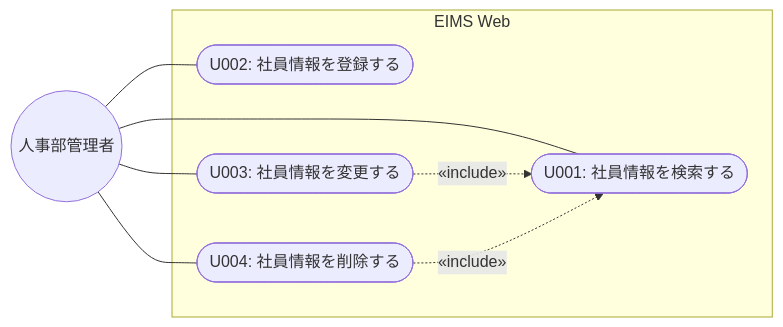
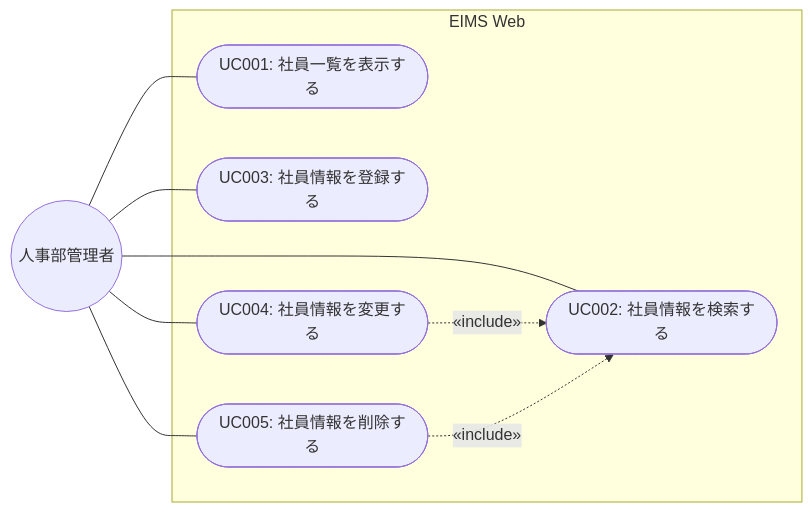
The first of 25 diagrams in EIMS_Comprehensive_Exercise_Guide.md (juyeongjung1/NewEIMS), drawn with Mermaid before and after one commit. The commit also changed other lines of this file, not shown here.

````diff
--- a/EIMS_Comprehensive_Exercise_Guide.md
+++ b/EIMS_Comprehensive_Exercise_Guide.md
@@ -345,19 +345,21 @@
 ```mermaid
 flowchart LR
     管理者((人事部管理者))
     
     subgraph EIMS Web
-        UC1([U001: 社員情報を検索する])
-        UC2([U002: 社員情報を登録する])
-        UC3([U003: 社員情報を変更する])
-        UC4([U004: 社員情報を削除する])
+        UC1([UC001: 社員一覧を表示する])
+        UC2([UC002: 社員情報を検索する])
+        UC3([UC003: 社員情報を登録する])
+        UC4([UC004: 社員情報を変更する])
+        UC5([UC005: 社員情報を削除する])
     end
     
     管理者 --- UC1
     管理者 --- UC2
     管理者 --- UC3
     管理者 --- UC4
+    管理者 --- UC5
     
-    UC3 -.->|"«include»"| UC1
-    UC4 -.->|"«include»"| UC1
+    UC4 -.->|"«include»"| UC2
+    UC5 -.->|"«include»"| UC2
 ```
````
